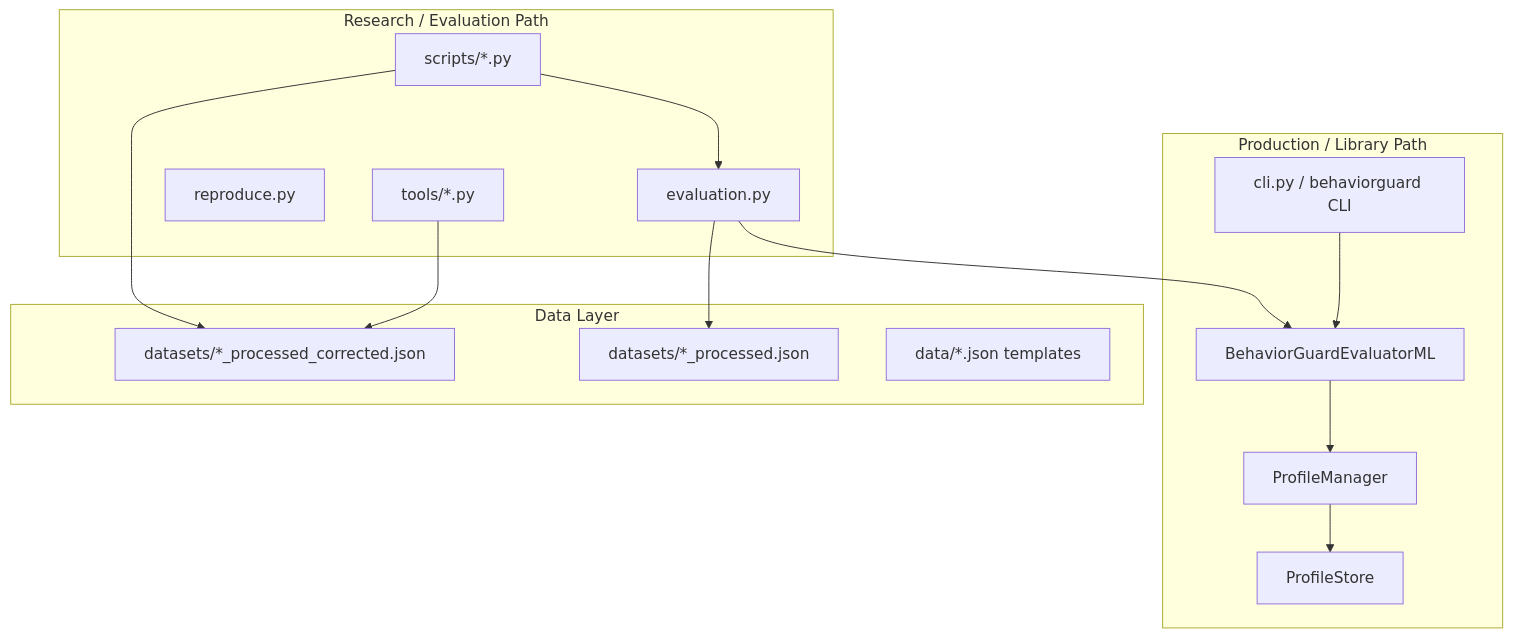
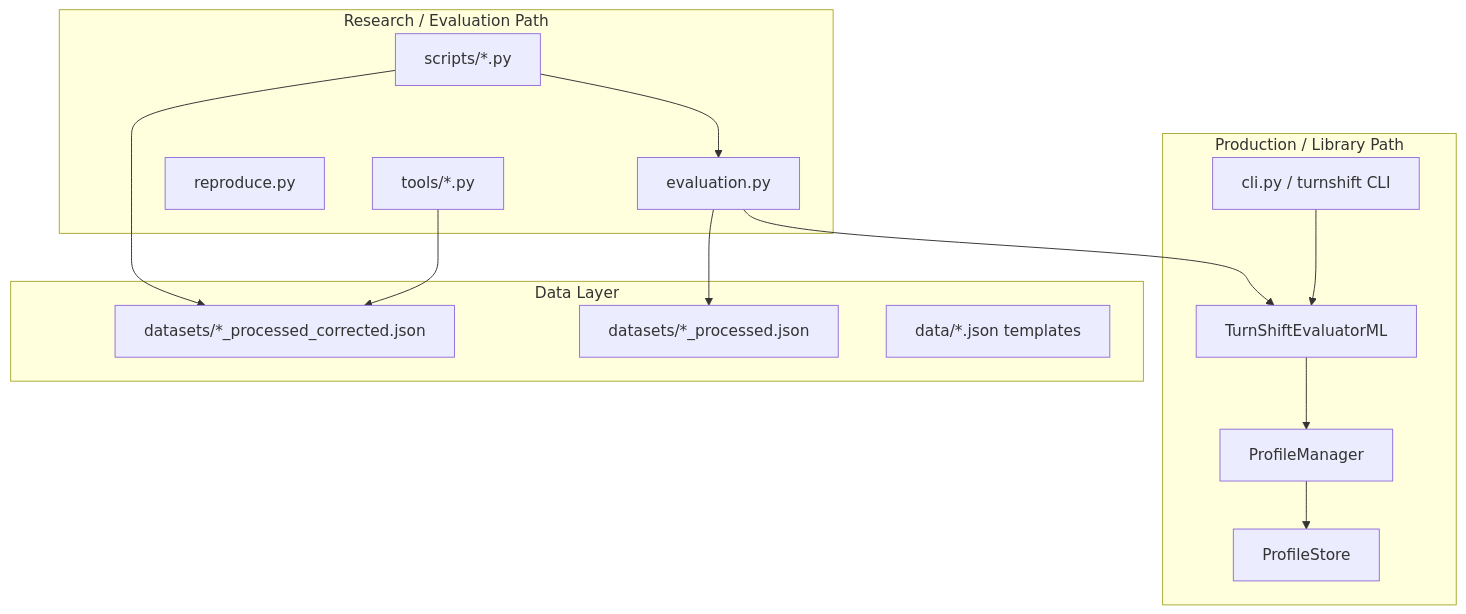
One commit to Va11eyard/BehaviorGuard changed the first of 3 diagrams in ARCHITECTURE.md. Above: the diagram before and after it, drawn with Mermaid. The commit also changed other lines of this file and 124 other files, not shown here.

First line of the commit message:
refactor: rename package behaviorguard to turnshift

````diff
--- a/ARCHITECTURE.md
+++ b/ARCHITECTURE.md
@@ -41,31 +41,31 @@
 ```mermaid
 flowchart TB
     subgraph production [Production / Library Path]
-        CLI[cli.py / behaviorguard CLI]
-        EVML[BehaviorGuardEvaluatorML]
+        CLI[cli.py / turnshift CLI]
+        EVML[TurnShiftEvaluatorML]
         PM[ProfileManager]
         PS[ProfileStore]
     end
 
     subgraph research [Research / Evaluation Path]
         EVAL[evaluation.py]
         REPRO[reproduce.py]
         SCRIPTS[scripts/*.py]
         TOOLS[tools/*.py]
     end
 
     subgraph data [Data Layer]
         DS[datasets/*_processed.json]
         DSC[datasets/*_processed_corrected.json]
         TPL[data/*.json templates]
     end
 
     CLI --> EVML
     EVML --> PM
     PM --> PS
     EVAL --> EVML
     SCRIPTS --> EVAL
     TOOLS --> DSC
     EVAL --> DS
     SCRIPTS --> DSC
 ```
````
